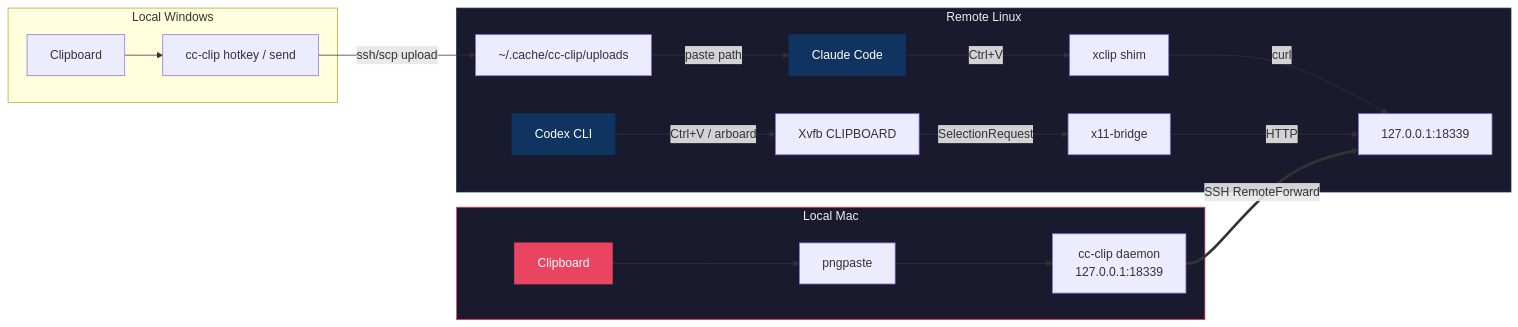
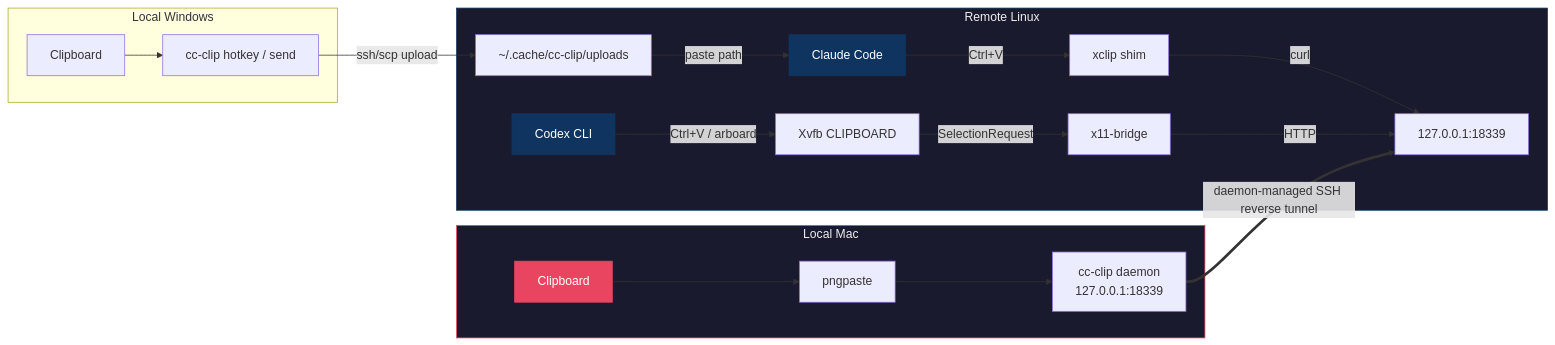
Before and after one commit to fancy-potato/cc-clip: the diagram in README.md, drawn with Mermaid. The commit also changed other lines of this file and 15 other files, not shown here.

First line of the commit message:
feat: remove SSH-config rewrites, daemon owns tunnel lifecycle

````diff
--- a/README.md
+++ b/README.md
@@ -250,29 +231,29 @@
 ```mermaid
 graph LR
     subgraph local ["Local Mac"]
         A["Clipboard"] --> B["pngpaste"]
         B --> C["cc-clip daemon<br/>127.0.0.1:18339"]
     end
 
     subgraph win ["Local Windows"]
         J["Clipboard"] --> K["cc-clip hotkey / send"]
     end
 
     subgraph remote ["Remote Linux"]
         F["Claude Code"] -- "Ctrl+V" --> E["xclip shim"]
         E -- "curl" --> D["127.0.0.1:18339"]
         K -- "ssh/scp upload" --> L["~/.cache/cc-clip/uploads"]
         L -- "paste path" --> F
         G["Codex CLI"] -- "Ctrl+V / arboard" --> H["Xvfb CLIPBOARD"]
         H -- "SelectionRequest" --> I["x11-bridge"]
         I -- "HTTP" --> D
     end
 
-    C == "SSH RemoteForward" ==> D
+    C == "daemon-managed SSH reverse tunnel" ==> D
 
     style local fill:#1a1a2e,stroke:#e94560,color:#eee
     style remote fill:#1a1a2e,stroke:#0f3460,color:#eee
     style A fill:#e94560,stroke:#e94560,color:#fff
     style F fill:#0f3460,stroke:#0f3460,color:#fff
     style G fill:#0f3460,stroke:#0f3460,color:#fff
 ```
````
